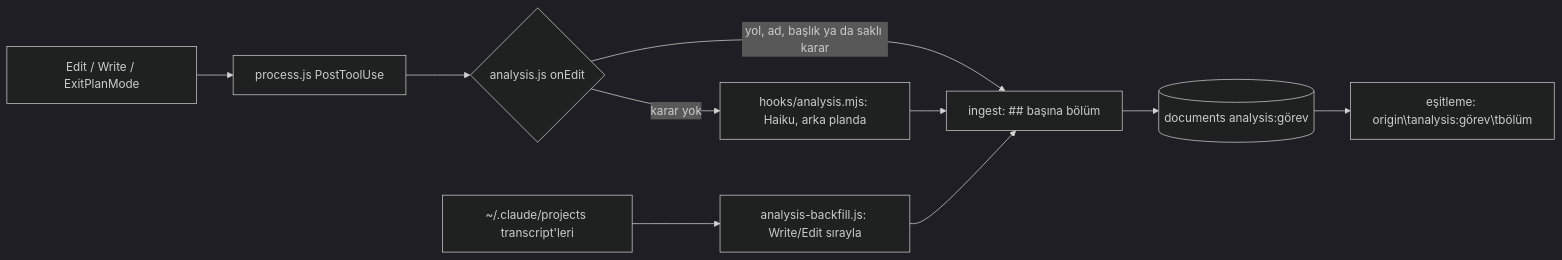
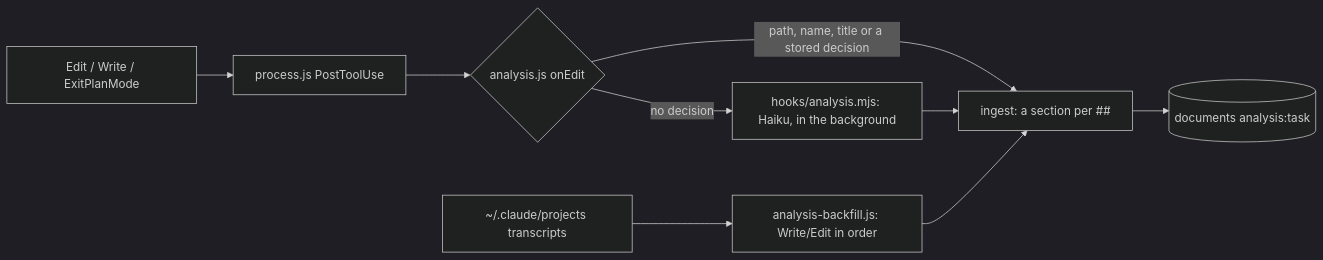
The second of 2 diagrams in docs/ARCHITECTURE.md (halilural/imprimatur), drawn with Mermaid (dark theme) before and after one commit. The commit also changed other lines of this file and 2 other files, not shown here.

First line of the commit message:
docs: the design documents and the glossary in English, exported from the database #82

````diff
--- a/docs/ARCHITECTURE.md
+++ b/docs/ARCHITECTURE.md
@@ -715,10 +661,9 @@
 ```mermaid
 flowchart LR
   E[Edit / Write / ExitPlanMode] --> P[process.js PostToolUse]
   P --> Q{analysis.js onEdit}
-  Q -->|yol, ad, başlık ya da saklı karar| I[ingest: ## başına bölüm]
-  Q -->|karar yok| H[hooks/analysis.mjs: Haiku, arka planda] --> I
-  T[~/.claude/projects transcript'leri] --> B[analysis-backfill.js: Write/Edit sırayla] --> I
-  I --> D[(documents analysis:görev)]
-  D --> S[eşitleme: origin\tanalysis:görev\tbölüm]
+  Q -->|path, name, title or a stored decision| I[ingest: a section per ##]
+  Q -->|no decision| H[hooks/analysis.mjs: Haiku, in the background] --> I
+  T[~/.claude/projects transcripts] --> B[analysis-backfill.js: Write/Edit in order] --> I
+  I --> D[(documents analysis:task)]
 ```
````
